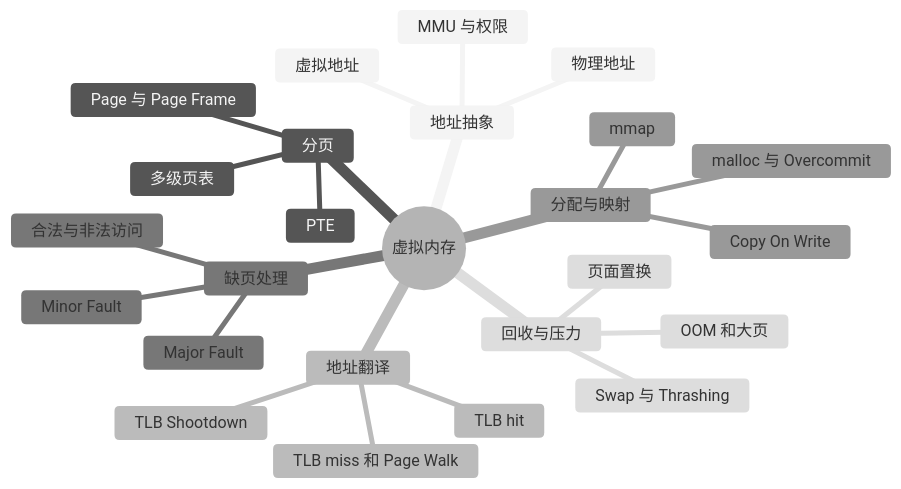
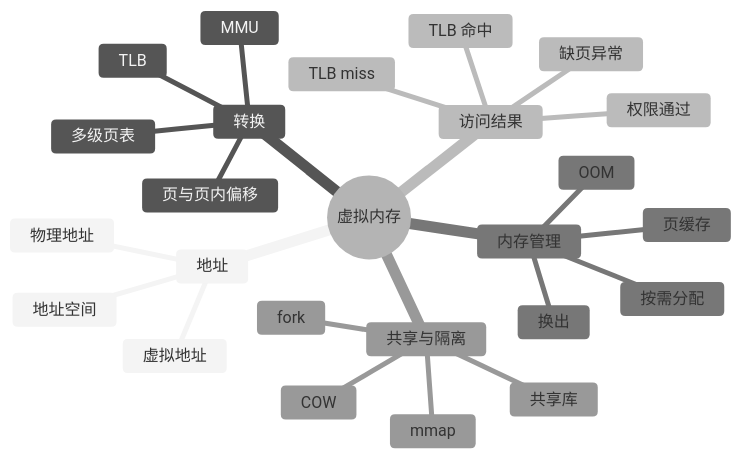
One commit to ranxi2001/zero2Leetcode changed the first of 2 diagrams in 05_interview/fundamentals/cs-core/operating-system/03-virtual-memory/index.md. Above: the diagram before and after it, drawn with Mermaid (neutral theme). The commit also changed other lines of this file and 38 other files, not shown here.

````diff
--- a/05_interview/fundamentals/cs-core/operating-system/03-virtual-memory/index.md
+++ b/05_interview/fundamentals/cs-core/operating-system/03-virtual-memory/index.md
@@ -13,28 +15,28 @@
 ```mermaid
 mindmap
   root((虚拟内存))
-    地址抽象
+    地址
       虚拟地址
       物理地址
-      MMU 与权限
-    分页
-      Page 与 Page Frame
+      地址空间
+    转换
+      页与页内偏移
       多级页表
-      PTE
-    地址翻译
-      TLB hit
-      TLB miss 和 Page Walk
-      TLB Shootdown
-    缺页处理
-      合法与非法访问
-      Minor Fault
-      Major Fault
-    分配与映射
-      malloc 与 Overcommit
-      Copy On Write
+      MMU
+      TLB
+    访问结果
+      权限通过
+      TLB 命中
+      TLB miss
+      缺页异常
+    内存管理
+      按需分配
+      页缓存
+      换出
+      OOM
+    共享与隔离
+      fork
+      COW
+      共享库
       mmap
-    回收与压力
-      页面置换
-      Swap 与 Thrashing
-      OOM 和大页
 ```
````
